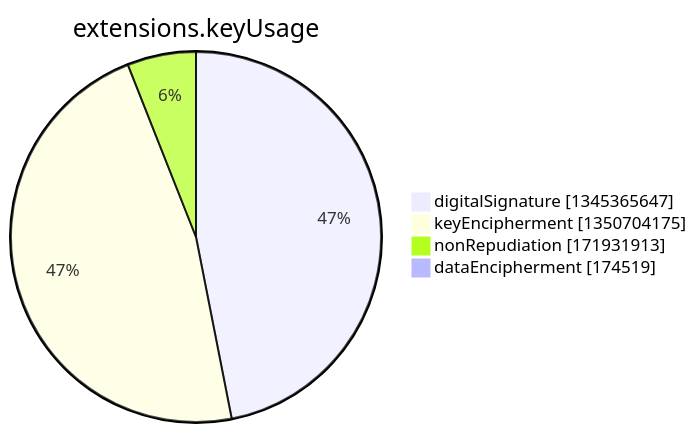
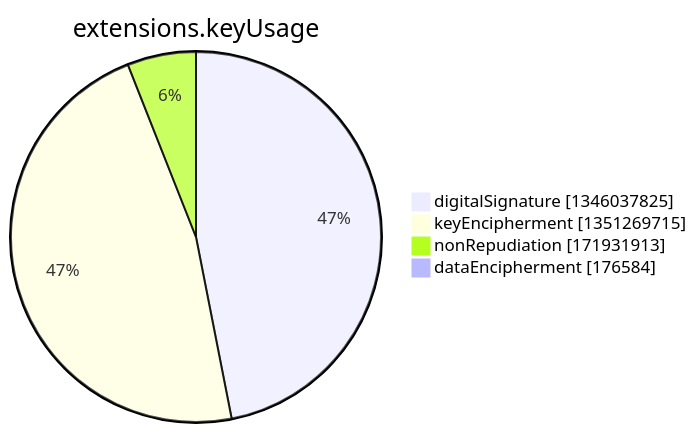
The seventh of 15 diagrams in argon2022/README.md (christiankrug/ctmonitor_visualization), drawn with Mermaid before and after one commit. The commit also changed other lines of this file, not shown here.

````diff
--- a/argon2022/README.md
+++ b/argon2022/README.md
@@ -2750,8 +2750,8 @@
 ```mermaid
 pie showData
 title extensions.keyUsage
-"digitalSignature" :1345365647
-"keyEncipherment" :1350704175
+"digitalSignature" :1346037825
+"keyEncipherment" :1351269715
 "nonRepudiation" :171931913
-"dataEncipherment" :174519
+"dataEncipherment" :176584
 ```
````
